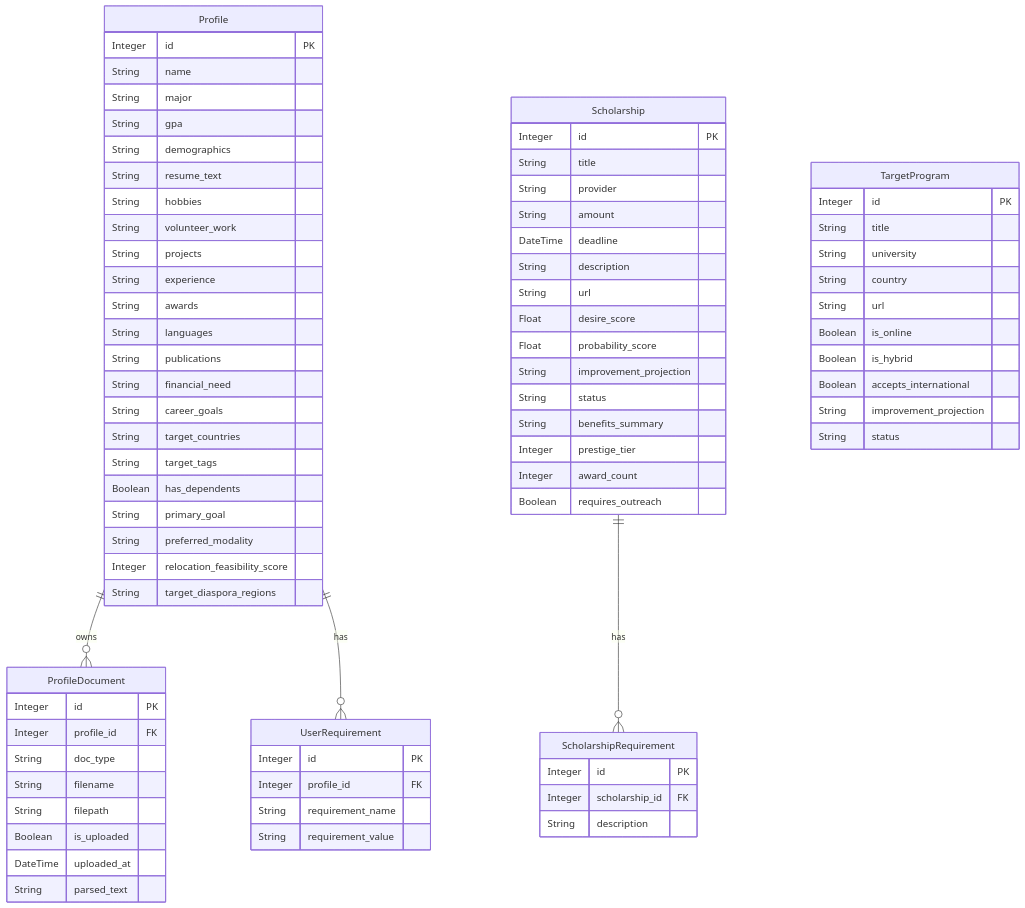
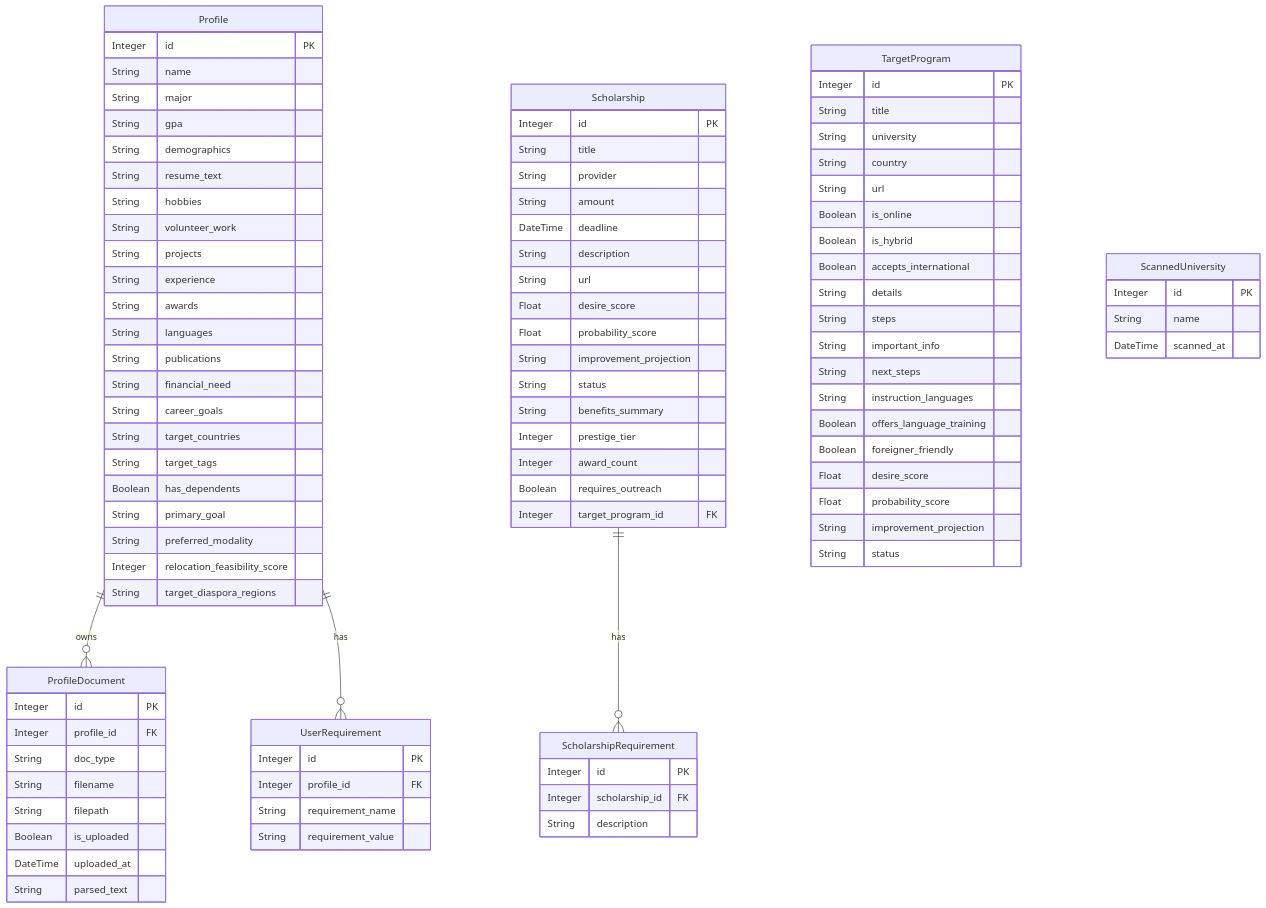
Before and after one commit to miguelangelcdm/scholarship-hunter: the diagram in docs/database_schema.md, drawn with Mermaid. The commit also changed other lines of this file and 16 other files, not shown here.

````diff
--- a/docs/database_schema.md
+++ b/docs/database_schema.md
@@ -69,6 +69,7 @@
         Integer prestige_tier
         Integer award_count
         Boolean requires_outreach
+        Integer target_program_id FK
     }
 
     ScholarshipRequirement {
@@ -86,7 +87,22 @@
         Boolean is_online
         Boolean is_hybrid
         Boolean accepts_international
+        String details
+        String steps
+        String important_info
+        String next_steps
+        String instruction_languages
+        Boolean offers_language_training
+        Boolean foreigner_friendly
+        Float desire_score
+        Float probability_score
         String improvement_projection
         String status
     }
+
+    ScannedUniversity {
+        Integer id PK
+        String name
+        DateTime scanned_at
+    }
 ```
````
